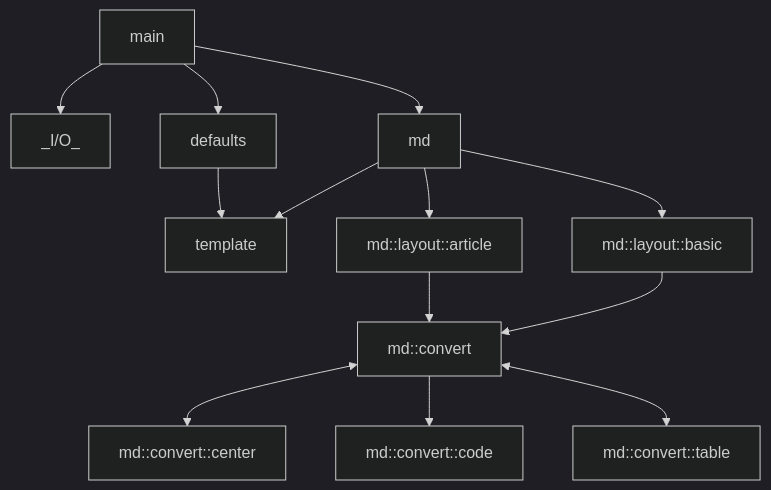
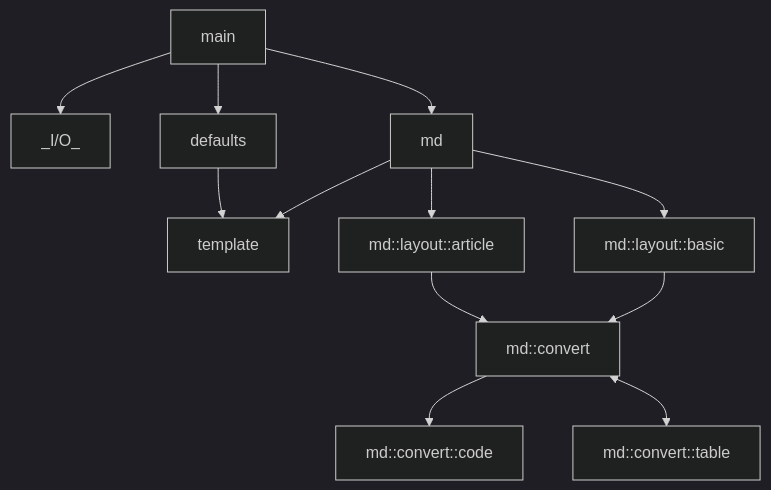
The diagram in docs/HEALTH.md (Tengu712/Tengu712.github.io), drawn with Mermaid (dark theme) before and after one commit. The commit also changed 5 other files, not shown here.

````diff
--- a/docs/HEALTH.md
+++ b/docs/HEALTH.md
@@ -5,15 +5,14 @@
 ```mermaid
 flowchart TD
     main --> _I/O_
     main --> md
     md --> template
     md --> md::layout::basic
     md --> md::layout::article
     md::layout::basic --> md::convert
     md::layout::article --> md::convert
-    md::convert <--> md::convert::center
     md::convert --> md::convert::code
     md::convert <--> md::convert::table
     main --> defaults
     defaults --> template
 ```
````
